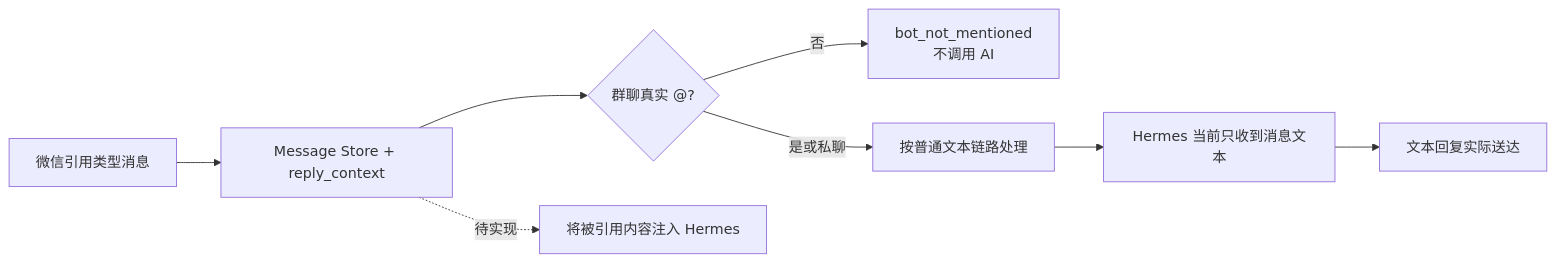
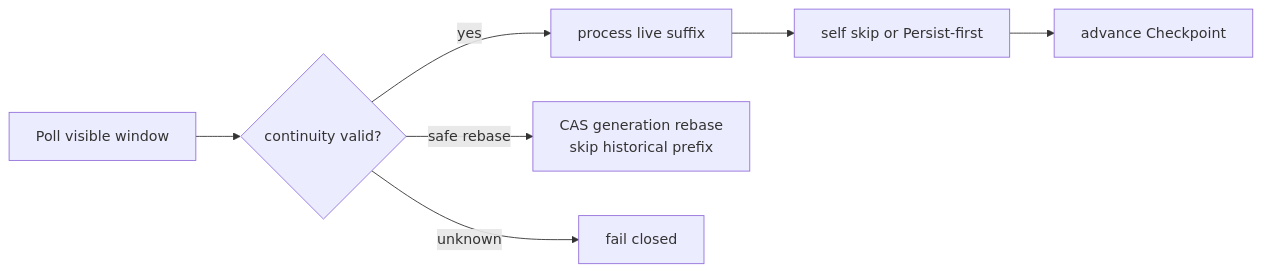
Before and after one commit to Tangbohu09527/CF_ecommerce-automation-docs: the second of 3 diagrams in architecture/message-flow.md, drawn with Mermaid. The commit also changed other lines of this file and 17 other files, not shown here.

Commit message:
docs: align current architecture and component status

````diff
--- a/architecture/message-flow.md
+++ b/architecture/message-flow.md
@@ -57,10 +51,9 @@
 ```mermaid
 flowchart LR
-    Q["微信引用类型消息"] --> P["Message Store + reply_context"]
-    P --> M{"群聊真实 @?"}
-    M -->|"否"| R["bot_not_mentioned<br/>不调用 AI"]
-    M -->|"是或私聊"| T["按普通文本链路处理"]
-    T --> H["Hermes 当前只收到消息文本"]
-    H --> W["文本回复实际送达"]
-    P -. "待实现" .-> QC["将被引用内容注入 Hermes"]
+    P["Poll visible window"] --> C{"continuity valid?"}
+    C -->|"yes"| N["process live suffix"]
+    C -->|"safe rebase"| R["CAS generation rebase<br/>skip historical prefix"]
+    C -->|"unknown"| F["fail closed"]
+    N --> S["self skip or Persist-first"]
+    S --> CP["advance Checkpoint"]
 ```
````
